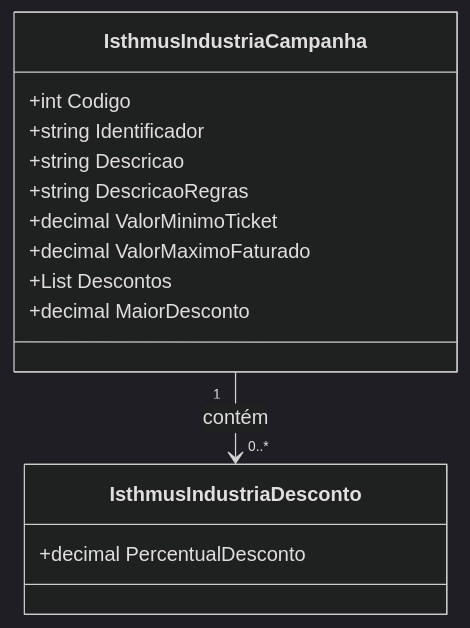
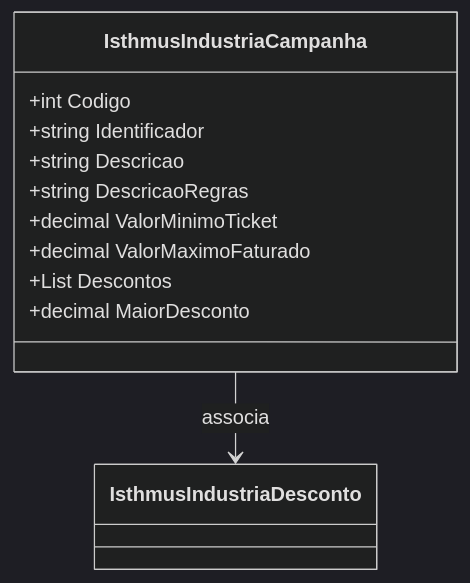
One commit to IsthmusSistemas/documentacao-tecnica changed the second of 2 diagrams in docs/b2b-dominio/IsthmusWinthor.Nucleo/IsthmusWinthor.Dominio/POCO/Precos/IsthmusIndustrias/IsthmusIndustriaCampanha.md. Above: the diagram before and after it, drawn with Mermaid (dark theme). The commit also changed other lines of this file and 882 other files, not shown here.

````diff
--- a/docs/b2b-dominio/IsthmusWinthor.Nucleo/IsthmusWinthor.Dominio/POCO/Precos/IsthmusIndustrias/IsthmusIndustriaCampanha.md
+++ b/docs/b2b-dominio/IsthmusWinthor.Nucleo/IsthmusWinthor.Dominio/POCO/Precos/IsthmusIndustrias/IsthmusIndustriaCampanha.md
@@ -35,17 +40,14 @@
 ```mermaid
 classDiagram
     class IsthmusIndustriaCampanha {
         +int Codigo
         +string Identificador
         +string Descricao
         +string DescricaoRegras
         +decimal ValorMinimoTicket
         +decimal ValorMaximoFaturado
         +List<IsthmusIndustriaDesconto> Descontos
         +decimal MaiorDesconto
     }
-    class IsthmusIndustriaDesconto {
-        +decimal PercentualDesconto
-    }
-    IsthmusIndustriaCampanha "1" --> "0..*" IsthmusIndustriaDesconto : contém
-``` 
+    IsthmusIndustriaCampanha --> IsthmusIndustriaDesconto : associa
+```
````
